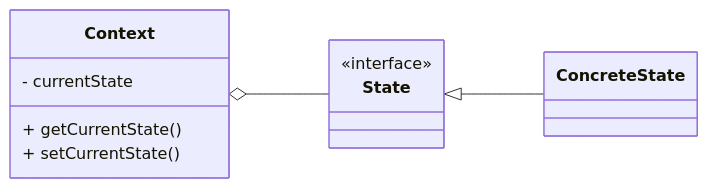
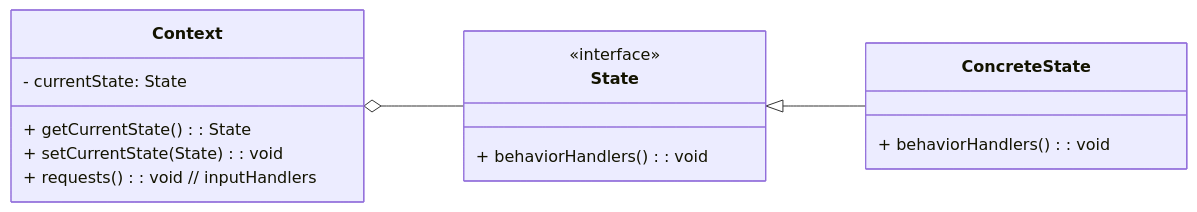
Before and after one commit to bidursapkota00/Design-Patterns: diagram 11 of 15 in README.md, drawn with Mermaid. The commit also changed other lines of this file, not shown here.

````diff
--- a/README.md
+++ b/README.md
@@ -708,20 +732,23 @@
 ```mermaid
 %%{init: { "flowchart": { "rankSpacing": 100, "nodeSpacing": 100 }}}%%
 classDiagram
 direction LR
 class Context {
-    - currentState
-    + getCurrentState()
-    + setCurrentState()
+    - currentState: State
+    + getCurrentState(): State
+    + setCurrentState(State): void
+    + requests(): void  // inputHandlers
 }
 
 class State {
     <<interface>>
+    + behaviorHandlers(): void
 }
 
 class ConcreteState {
+    + behaviorHandlers(): void
 }
 
 Context o--State
 State <|-- ConcreteState
 ```
````
